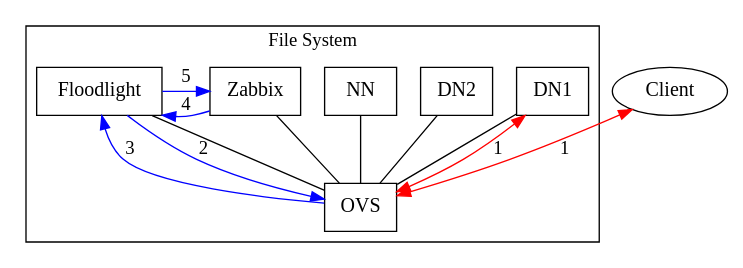
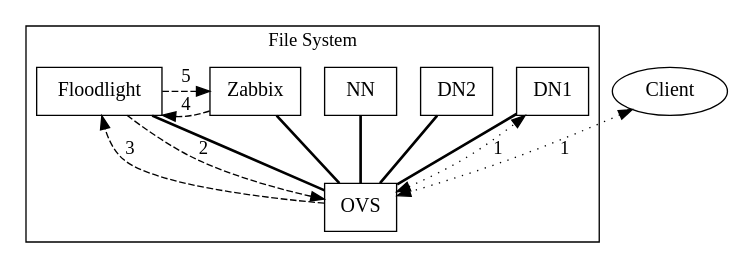
The diagram in Ausarbeitung/dot/whileConnection.dot (gertimon/cit-msc-ss14), drawn with Graphviz before and after one commit. The commit also changed 9 other files, not shown here.

```diff
--- a/Ausarbeitung/dot/whileConnection.dot
+++ b/Ausarbeitung/dot/whileConnection.dot
@@ -1,41 +1,41 @@
 digraph{
 
     subgraph cluster_0 {
         node[fontsize=15, shape = box];
           {rank = same; Zabbix; DN1; DN2; NN; Floodlight}
-        edge [dir=none]
+        edge [dir=none, style=bold]
         OVS;
         Zabbix;
         DN1;
         DN2;
         NN;
         Floodlight;
         OVS -> Zabbix;
         OVS -> DN1
         OVS -> DN2
         OVS -> NN
         OVS -> Floodlight
         label = "File System"
     }
 
      subgraph connection1 {
         node[fontsize=15];
         Client;
-        edge [color=blue]
+        edge [style=dashed]
         
         OVS -> Floodlight [label= "3"]
         Floodlight ->OVS [label = "2"]
         Floodlight -> Zabbix[label = "5"]
         Zabbix -> Floodlight [label = "4"]
         
     }
 
      subgraph connection2 {
-        edge [dir = both, color=red]
+        edge [dir = both, style=dotted]
         Client -> OVS  [label= "1"]
         OVS -> DN1 [label = "1"]
         
     }
    
 
 }
```
